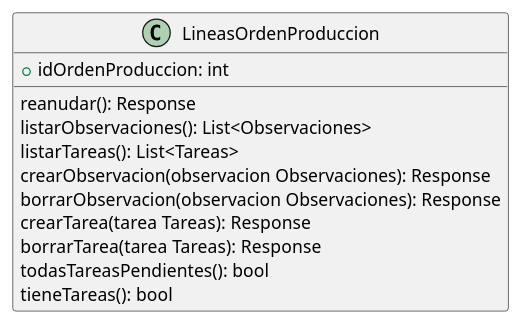
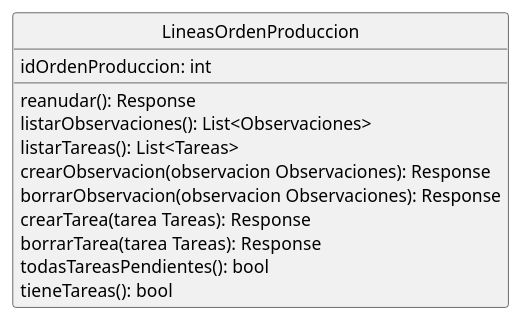
One commit to ZMGestion/DocumentacionZMGestion changed the diagram in DiagramaClases/Clases/LineasOrdenProduccion.puml. Above: the diagram before and after it, drawn with PlantUML. The commit also changed 122 other files, not shown here.

```diff
--- a/DiagramaClases/Clases/LineasOrdenProduccion.puml
+++ b/DiagramaClases/Clases/LineasOrdenProduccion.puml
@@ -1,16 +1,17 @@
 @startuml LineasOrdenProduccion
+hide circle
 class LineasOrdenProduccion{
-    +idOrdenProduccion: int
+    idOrdenProduccion: int
 
     reanudar(): Response
     listarObservaciones(): List<Observaciones>
     listarTareas(): List<Tareas>
     crearObservacion(observacion Observaciones): Response
     borrarObservacion(observacion Observaciones): Response
     crearTarea(tarea Tareas): Response
     borrarTarea(tarea Tareas): Response
     todasTareasPendientes(): bool
     tieneTareas(): bool
 
 }
 @enduml
```
